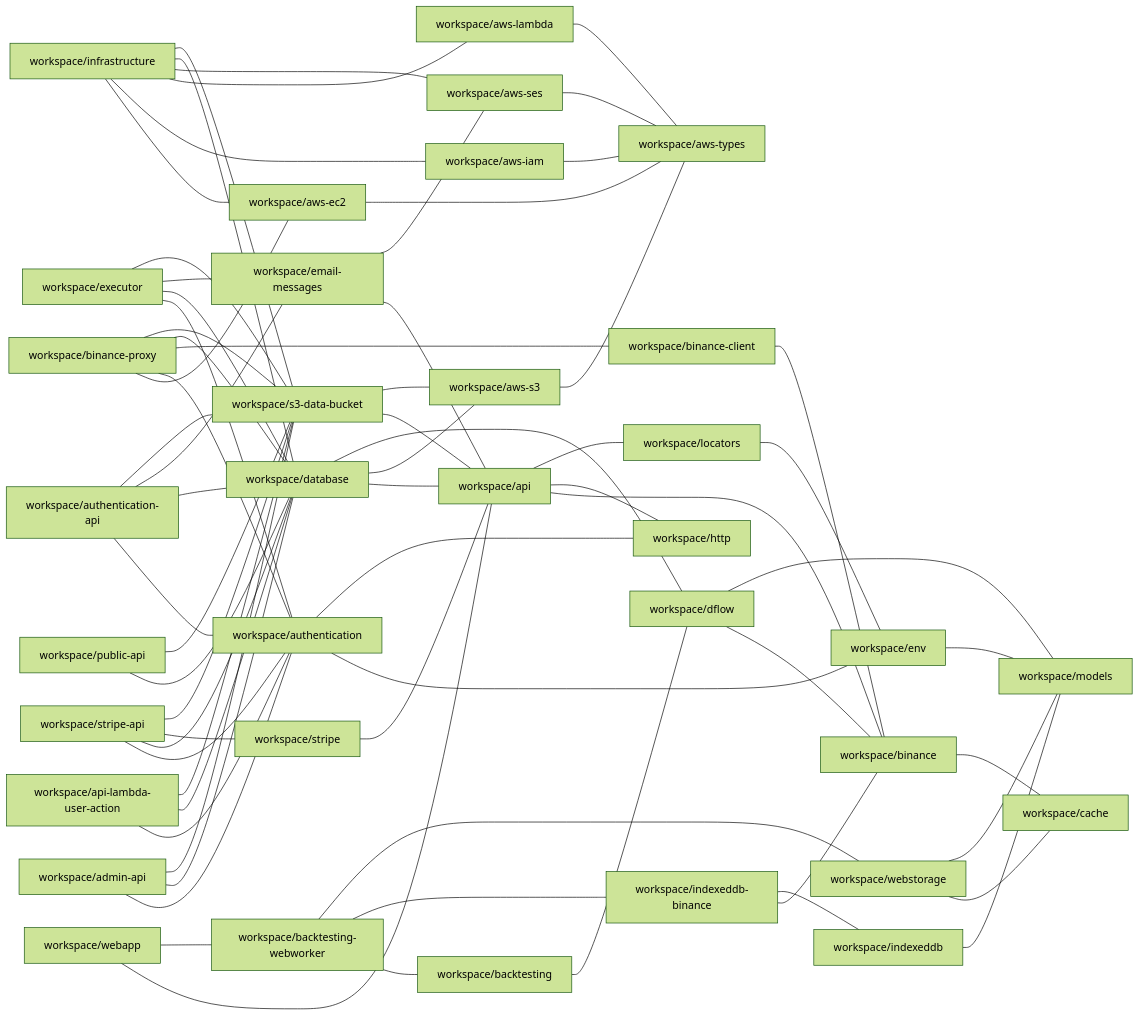
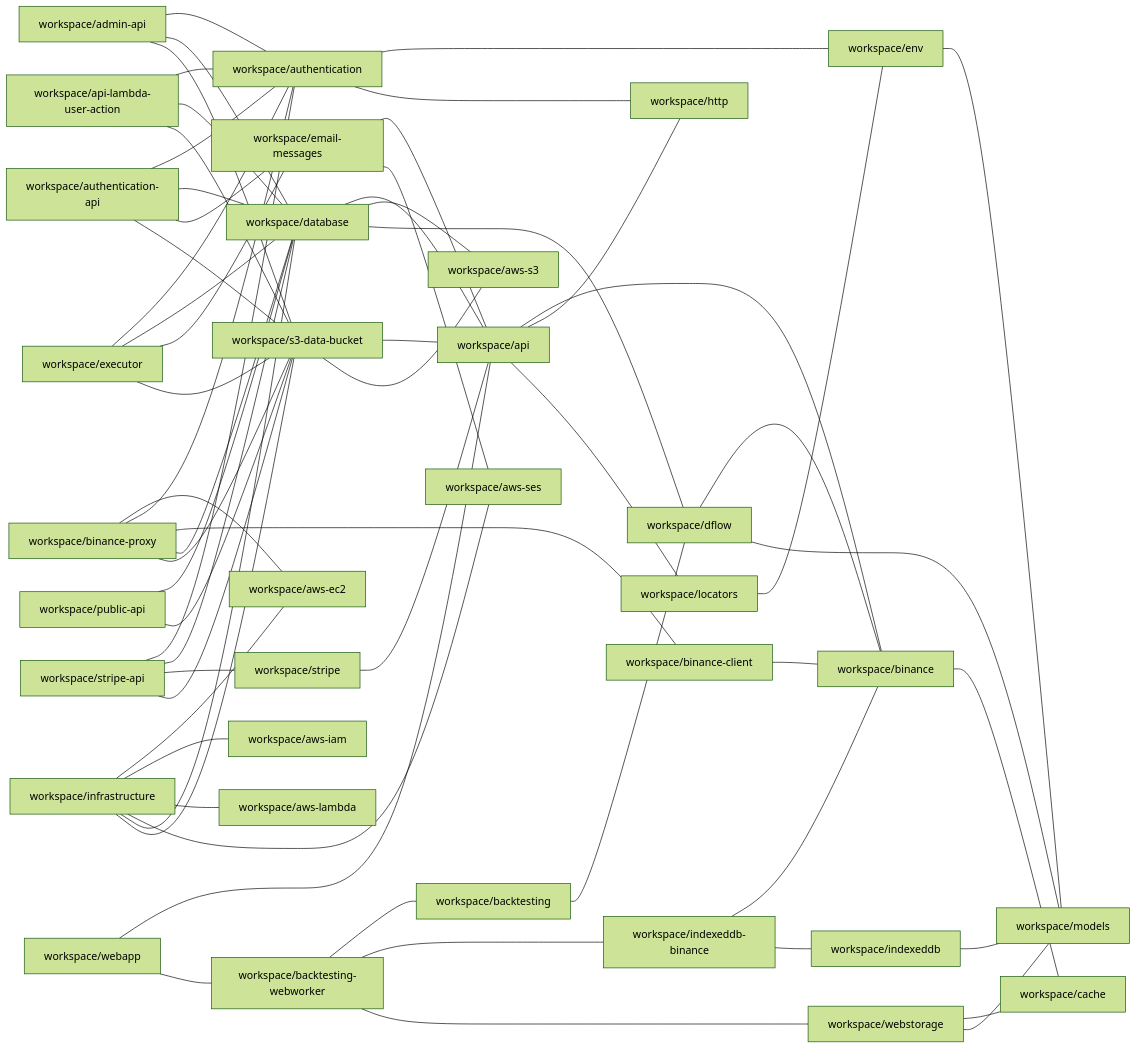
Before and after one commit to ggbot-org/ggbot: the diagram in repository/docs/npm-dependencies.md, drawn with Mermaid (forest theme). The commit also changed 27 other files, not shown here.

Commit message:
remove aws-types workspace

````diff
--- a/repository/docs/npm-dependencies.md
+++ b/repository/docs/npm-dependencies.md
@@ -6,69 +6,64 @@
 ```mermaid
 graph LR
     workspace/admin-api --- workspace/authentication
     workspace/admin-api --- workspace/database
     workspace/admin-api --- workspace/s3-data-bucket
     workspace/api --- workspace/binance
     workspace/api --- workspace/http
     workspace/api --- workspace/locators
     workspace/api-lambda-user-action --- workspace/authentication
     workspace/api-lambda-user-action --- workspace/database
     workspace/api-lambda-user-action --- workspace/s3-data-bucket
     workspace/authentication --- workspace/env
     workspace/authentication --- workspace/http
     workspace/authentication-api --- workspace/authentication
     workspace/authentication-api --- workspace/database
     workspace/authentication-api --- workspace/email-messages
     workspace/authentication-api --- workspace/s3-data-bucket
-    workspace/aws-ec2 --- workspace/aws-types
-    workspace/aws-iam --- workspace/aws-types
-    workspace/aws-lambda --- workspace/aws-types
-    workspace/aws-s3 --- workspace/aws-types
-    workspace/aws-ses --- workspace/aws-types
     workspace/backtesting --- workspace/dflow
     workspace/backtesting-webworker --- workspace/backtesting
     workspace/backtesting-webworker --- workspace/indexeddb-binance
     workspace/backtesting-webworker --- workspace/webstorage
     workspace/binance --- workspace/cache
     workspace/binance-client --- workspace/binance
     workspace/binance-proxy --- workspace/aws-ec2
     workspace/binance-proxy --- workspace/authentication
     workspace/binance-proxy --- workspace/binance-client
     workspace/binance-proxy --- workspace/database
     workspace/binance-proxy --- workspace/s3-data-bucket
     workspace/database --- workspace/api
     workspace/database --- workspace/aws-s3
     workspace/database --- workspace/dflow
     workspace/dflow --- workspace/binance
     workspace/dflow --- workspace/models
     workspace/email-messages --- workspace/api
     workspace/email-messages --- workspace/aws-ses
     workspace/env --- workspace/models
     workspace/executor --- workspace/authentication
     workspace/executor --- workspace/database
     workspace/executor --- workspace/email-messages
     workspace/executor --- workspace/s3-data-bucket
     workspace/indexeddb --- workspace/models
     workspace/indexeddb-binance --- workspace/binance
     workspace/indexeddb-binance --- workspace/indexeddb
     workspace/infrastructure --- workspace/aws-ec2
     workspace/infrastructure --- workspace/aws-iam
     workspace/infrastructure --- workspace/aws-lambda
     workspace/infrastructure --- workspace/aws-ses
     workspace/infrastructure --- workspace/database
     workspace/infrastructure --- workspace/s3-data-bucket
     workspace/locators --- workspace/env
     workspace/public-api --- workspace/database
     workspace/public-api --- workspace/s3-data-bucket
     workspace/s3-data-bucket --- workspace/api
     workspace/s3-data-bucket --- workspace/aws-s3
     workspace/stripe --- workspace/api
     workspace/stripe-api --- workspace/authentication
     workspace/stripe-api --- workspace/database
     workspace/stripe-api --- workspace/stripe
     workspace/stripe-api --- workspace/s3-data-bucket
     workspace/webapp --- workspace/api
     workspace/webapp --- workspace/backtesting-webworker
     workspace/webstorage --- workspace/cache
     workspace/webstorage --- workspace/models
 ```
````
